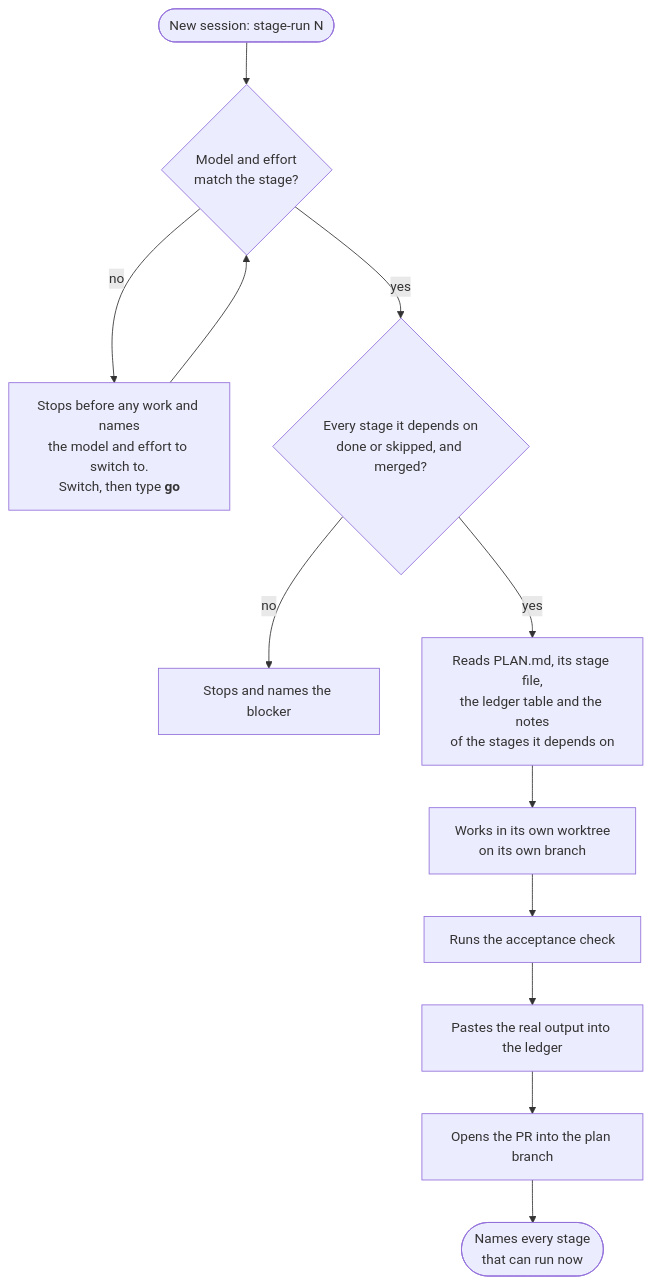
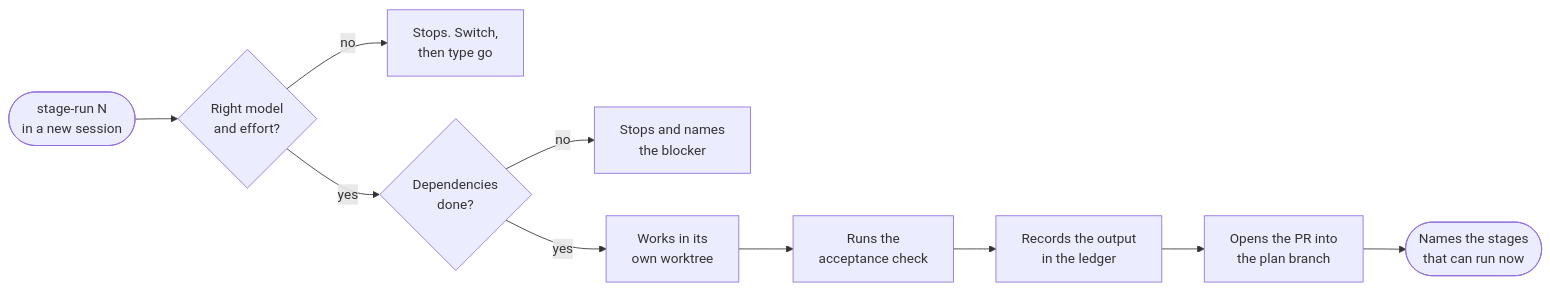
The second of 5 diagrams in docs/staged-rollout.md (by-carlos/plan-staged-rollout), drawn with Mermaid before and after one commit. The commit also changed other lines of this file and 9 other files, not shown here.

````diff
--- a/docs/staged-rollout.md
+++ b/docs/staged-rollout.md
@@ -95,14 +103,12 @@
 ```mermaid
-flowchart TD
-    start([New session: stage-run N]) --> weight{"Model and effort<br/>match the stage?"}
-    weight -->|no| relaunch["Stops before any work and names<br/>the model and effort to switch to.<br/>Switch, then type <b>go</b>"]
-    relaunch --> weight
-    weight -->|yes| deps{"Every stage it depends on<br/>done or skipped, and merged?"}
-    deps -->|no| stop["Stops and names the blocker"]
-    deps -->|yes| read["Reads PLAN.md, its stage file,<br/>the ledger table and the notes<br/>of the stages it depends on"]
-    read --> work["Works in its own worktree<br/>on its own branch"]
-    work --> check["Runs the acceptance check"]
-    check --> record["Pastes the real output into the ledger"]
-    record --> pr["Opens the PR into the plan branch"]
-    pr --> announce(["Names every stage<br/>that can run now"])
+flowchart LR
+    start(["stage-run N<br/>in a new session"]) --> w{"Right model<br/>and effort?"}
+    w -->|no| sw["Stops. Switch,<br/>then type go"]
+    w -->|yes| d{"Dependencies<br/>done?"}
+    d -->|no| st["Stops and names<br/>the blocker"]
+    d -->|yes| work["Works in its<br/>own worktree"]
+    work --> check["Runs the<br/>acceptance check"]
+    check --> rec["Records the output<br/>in the ledger"]
+    rec --> pr["Opens the PR into<br/>the plan branch"]
+    pr --> next(["Names the stages<br/>that can run now"])
 ```
````
